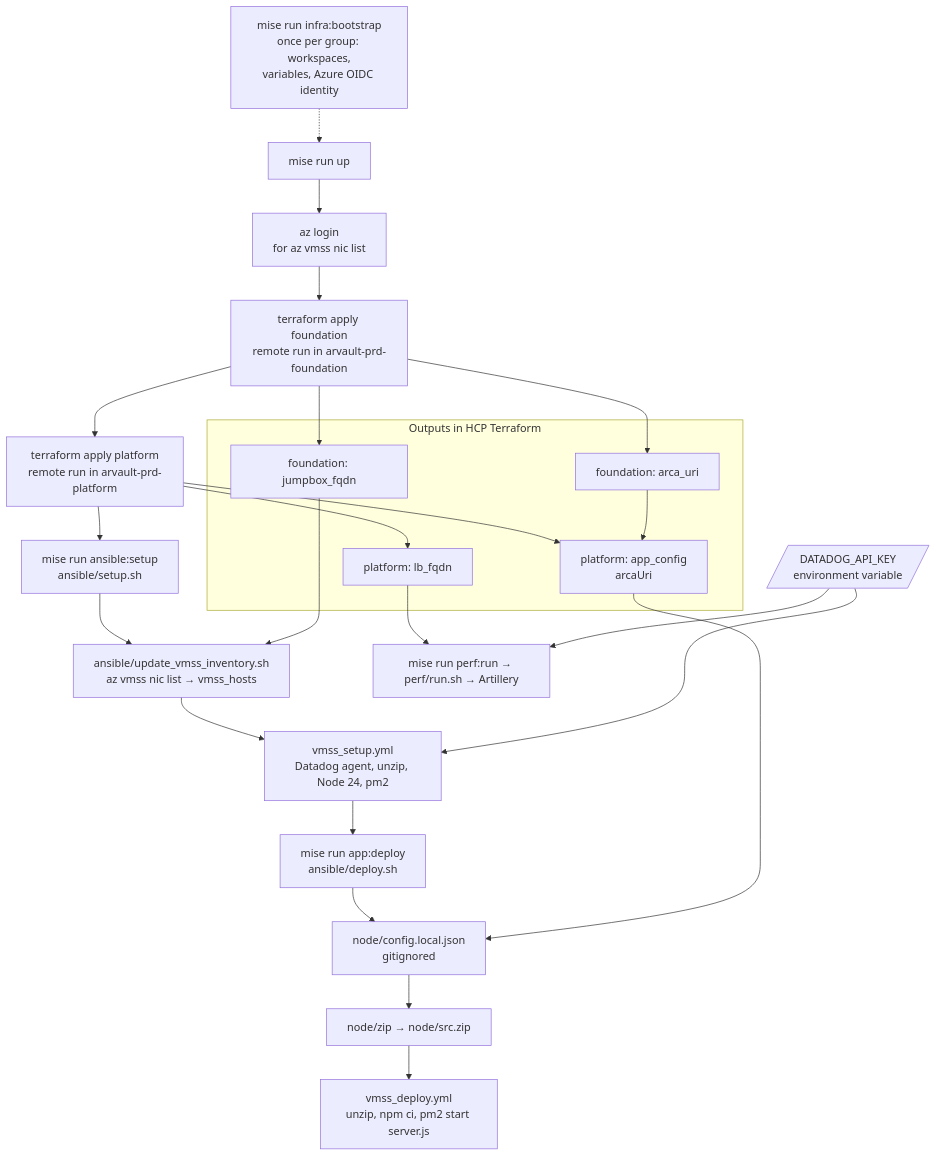
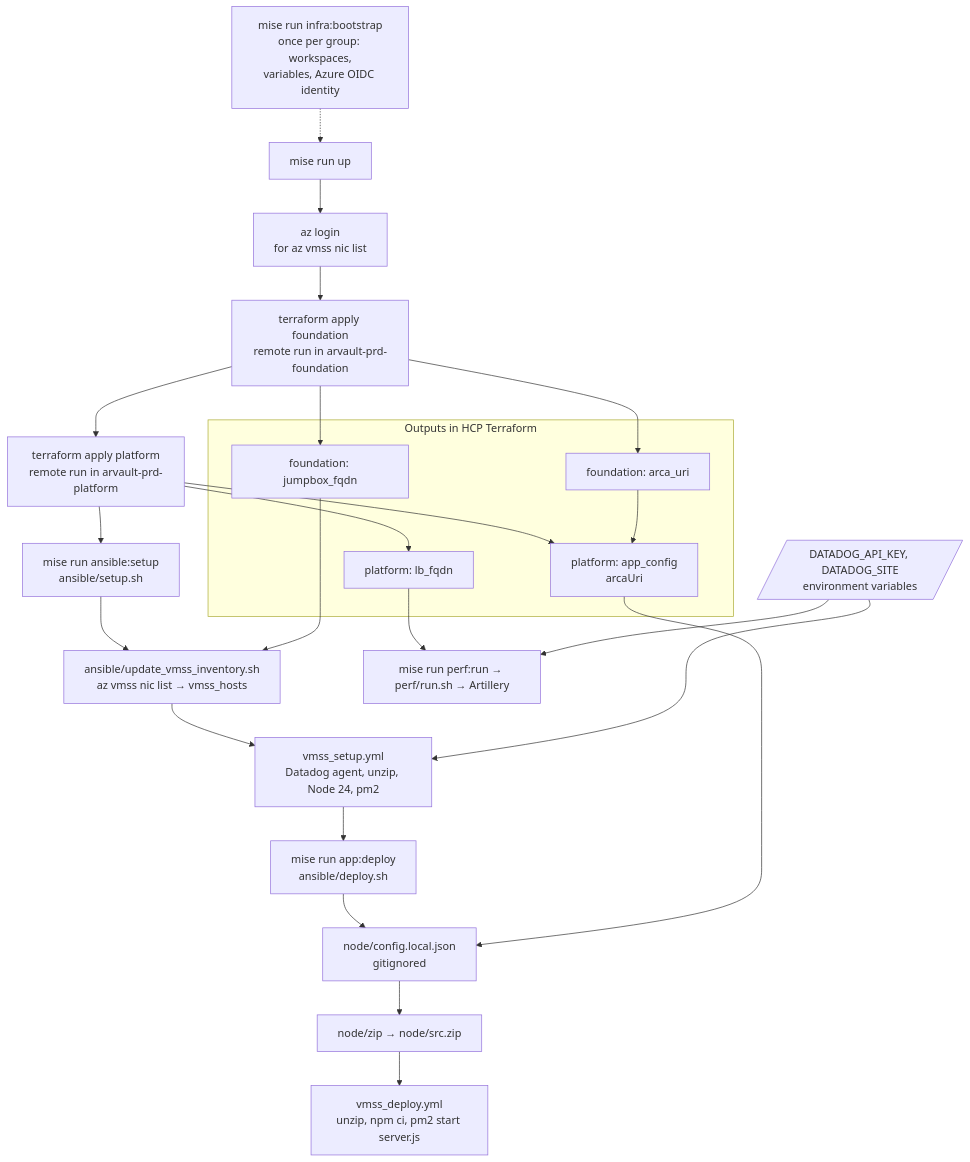
Before and after one commit to tcorzo/fiuba-2026C2-arq-tp2: the third of 3 diagrams in docs/infra/overview.md, drawn with Mermaid. The commit also changed other lines of this file and 4 other files, not shown here.

Commit message:
docs(infra): document DATADOG_SITE and the first-deploy pm2 error

````diff
--- a/docs/infra/overview.md
+++ b/docs/infra/overview.md
@@ -143,41 +143,41 @@
 ```mermaid
 flowchart TD
     boot[mise run infra:bootstrap<br/>once per group: workspaces,<br/>variables, Azure OIDC identity]
     start[mise run up]
     login[az login<br/>for az vmss nic list]
     applyf[terraform apply foundation<br/>remote run in arvault-prd-foundation]
     apply[terraform apply platform<br/>remote run in arvault-prd-platform]
 
     boot -.-> start
     start --> login --> applyf --> apply
 
     subgraph outputs["Outputs in HCP Terraform"]
         jb[foundation: jumpbox_fqdn]
         arca[foundation: arca_uri]
         lbo[platform: lb_fqdn]
         appcfg[platform: app_config<br/>arcaUri]
     end
 
     applyf --> jb & arca
     apply --> lbo & appcfg
     arca --> appcfg
 
     setup[mise run ansible:setup<br/>ansible/setup.sh]
     inv[ansible/update_vmss_inventory.sh<br/>az vmss nic list → vmss_hosts]
     pbsetup[vmss_setup.yml<br/>Datadog agent, unzip, Node 24, pm2]
-    ddkey[/DATADOG_API_KEY<br/>environment variable/]
+    ddkey[/DATADOG_API_KEY, DATADOG_SITE<br/>environment variables/]
     deploy[mise run app:deploy<br/>ansible/deploy.sh]
     cfg[node/config.local.json<br/>gitignored]
     zip[node/zip → node/src.zip]
     pbdeploy[vmss_deploy.yml<br/>unzip, npm ci, pm2 start server.js]
 
     apply --> setup --> inv --> pbsetup
     jb --> inv
     ddkey --> pbsetup
     pbsetup --> deploy --> cfg --> zip --> pbdeploy
     appcfg --> cfg
 
     perf[mise run perf:run → perf/run.sh → Artillery]
     lbo --> perf
     ddkey --> perf
 ```
````
